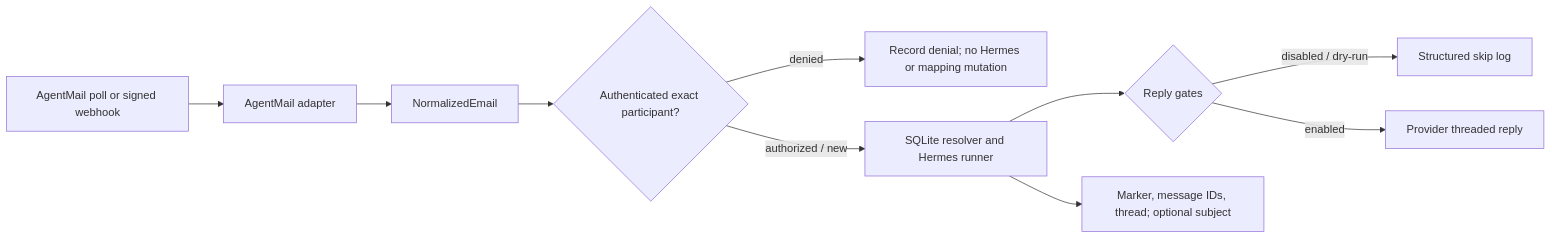
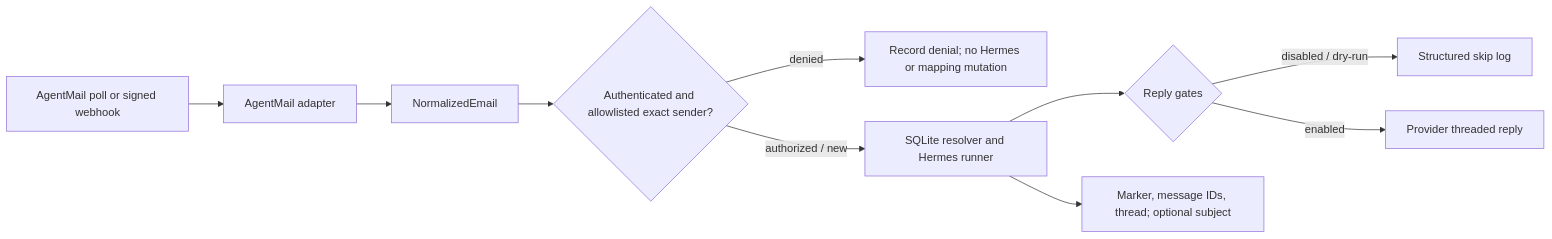
One commit to aulbricht/hermes-email-bridge changed the diagram in README.md. Above: the diagram before and after it, drawn with Mermaid. The commit also changed other lines of this file and 23 other files, not shown here.

````diff
--- a/README.md
+++ b/README.md
@@ -170,12 +191,12 @@
 ```mermaid
 flowchart LR
     A["AgentMail poll or signed webhook"] --> B["AgentMail adapter"]
     B --> C["NormalizedEmail"]
-    C --> D{"Authenticated exact participant?"}
+    C --> D{"Authenticated and allowlisted exact sender?"}
     D -->|"denied"| J["Record denial; no Hermes or mapping mutation"]
     D -->|"authorized / new"| E["SQLite resolver and Hermes runner"]
     E --> F{"Reply gates"}
     F -->|"disabled / dry-run"| G["Structured skip log"]
     F -->|"enabled"| H["Provider threaded reply"]
     E --> I["Marker, message IDs, thread; optional subject"]
 ```
````
